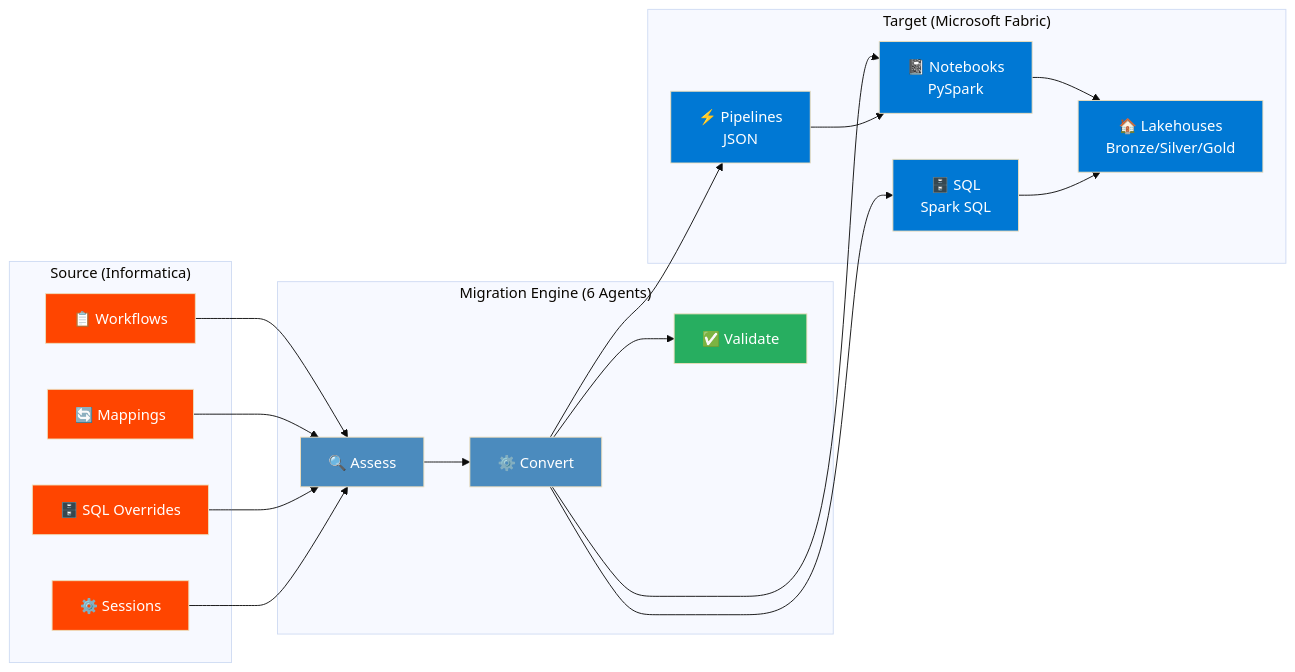
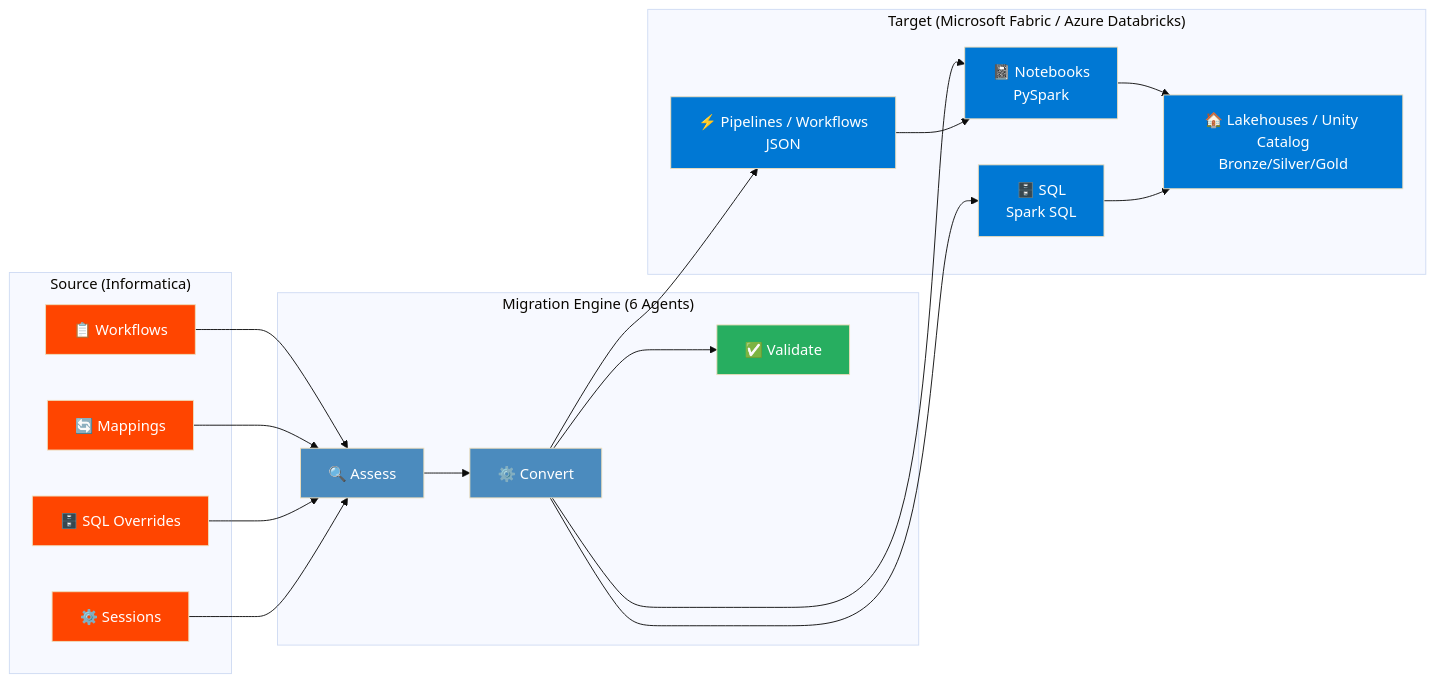
One commit to cyphou/InformaticaToFabric changed the first of 6 diagrams in MIGRATION_PLAN.md. Above: the diagram before and after it, drawn with Mermaid (base theme). The commit also changed other lines of this file and 82 other files, not shown here.

First line of the commit message:
docs: update all documentation for Databricks dual-target support & v1.0.0

````diff
--- a/MIGRATION_PLAN.md
+++ b/MIGRATION_PLAN.md
@@ -29,47 +30,47 @@
 ```mermaid
 flowchart LR
     subgraph "Source (Informatica)"
         WF["📋 Workflows"]
         MAP["🔄 Mappings"]
         SQL_S["🗄️ SQL Overrides"]
         SESS["⚙️ Sessions"]
     end
 
     subgraph "Migration Engine (6 Agents)"
         ASS["🔍 Assess"]
         CONV["⚙️ Convert"]
         VAL["✅ Validate"]
     end
 
-    subgraph "Target (Microsoft Fabric)"
+    subgraph "Target (Microsoft Fabric / Azure Databricks)"
         NB["📓 Notebooks\nPySpark"]
-        PL["⚡ Pipelines\nJSON"]
+        PL["⚡ Pipelines / Workflows\nJSON"]
         SQL_T["🗄️ SQL\nSpark SQL"]
-        LH["🏠 Lakehouses\nBronze/Silver/Gold"]
+        LH["🏠 Lakehouses / Unity Catalog\nBronze/Silver/Gold"]
     end
 
     WF --> ASS
     MAP --> ASS
     SQL_S --> ASS
     SESS --> ASS
     ASS --> CONV
     CONV --> NB
     CONV --> PL
     CONV --> SQL_T
     CONV --> VAL
     NB --> LH
     SQL_T --> LH
     PL --> NB
 
     style WF fill:#FF4500,color:#fff
     style MAP fill:#FF4500,color:#fff
     style SQL_S fill:#FF4500,color:#fff
     style SESS fill:#FF4500,color:#fff
     style ASS fill:#4B8BBE,color:#fff
     style CONV fill:#4B8BBE,color:#fff
     style VAL fill:#27AE60,color:#fff
     style NB fill:#0078D4,color:#fff
     style PL fill:#0078D4,color:#fff
     style SQL_T fill:#0078D4,color:#fff
     style LH fill:#0078D4,color:#fff
 ```
````
